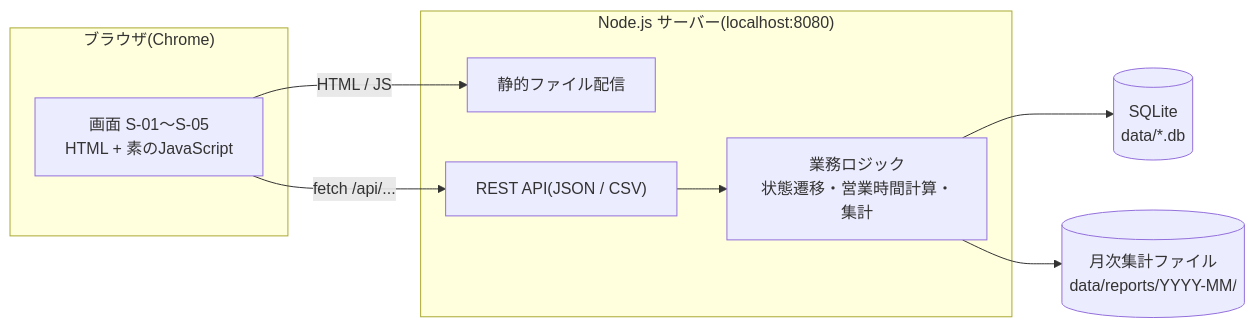
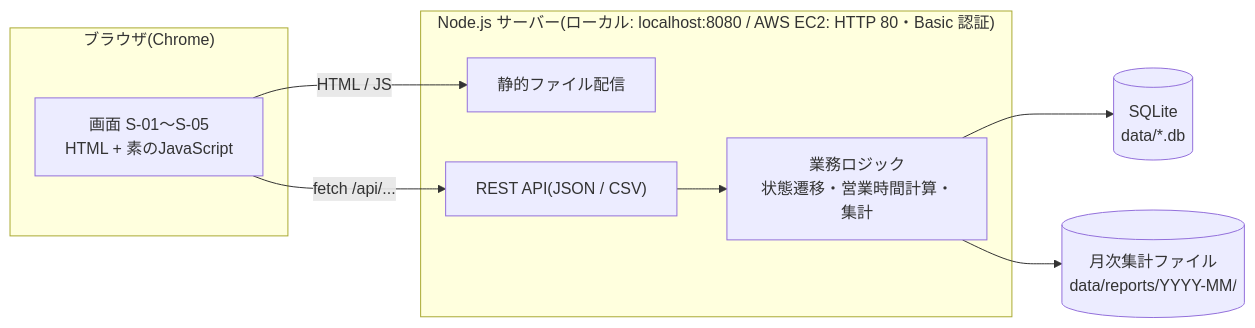
Before and after one commit to chengdanei48-beep/inquiry-management: the first of 5 diagrams in docs/api-design.md, drawn with Mermaid. The commit also changed other lines of this file and 5 other files, not shown here.

````diff
--- a/docs/api-design.md
+++ b/docs/api-design.md
@@ -9,18 +9,18 @@
 ```mermaid
 flowchart LR
   subgraph Browser["ブラウザ(Chrome)"]
     UI["画面 S-01〜S-05<br/>HTML + 素のJavaScript"]
   end
-  subgraph Server["Node.js サーバー(localhost:8080)"]
+  subgraph Server["Node.js サーバー(ローカル: localhost:8080 / AWS EC2: HTTP 80・Basic 認証)"]
     Static["静的ファイル配信"]
     API["REST API(JSON / CSV)"]
     Logic["業務ロジック<br/>状態遷移・営業時間計算・集計"]
   end
   DB[("SQLite<br/>data/*.db")]
   Files[("月次集計ファイル<br/>data/reports/YYYY-MM/")]
   UI -- "HTML / JS" --> Static
   UI -- "fetch /api/..." --> API
   API --> Logic
   Logic --> DB
   Logic --> Files
 ```
````
